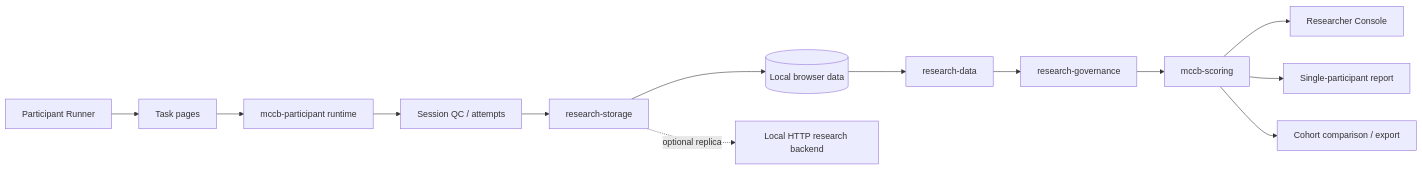
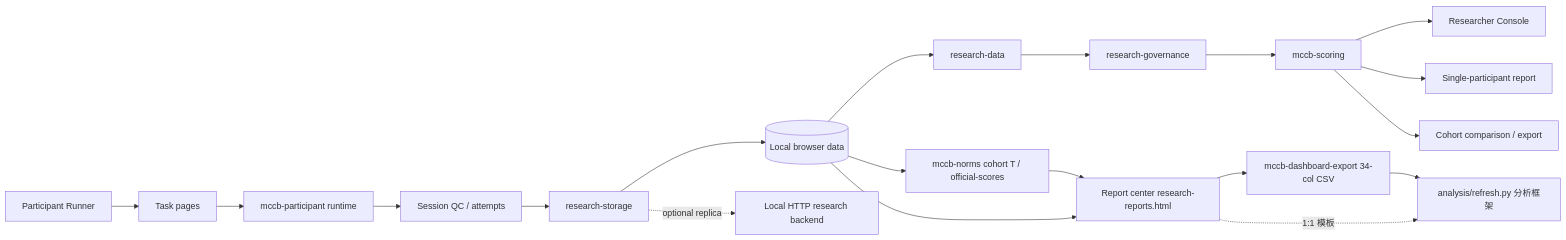
Before and after one commit to CochraneK/psy-exp: the first of 2 diagrams in docs/architecture.md, drawn with Mermaid. The commit also changed other lines of this file and 70 other files, not shown here.

````diff
--- a/docs/architecture.md
+++ b/docs/architecture.md
@@ -5,16 +5,23 @@
 ```mermaid
 flowchart LR
   A[Participant Runner] --> B[Task pages]
   B --> C[mccb-participant runtime]
   C --> D[Session QC / attempts]
   D --> E[research-storage]
   E --> F[(Local browser data)]
   E -. optional replica .-> G[Local HTTP research backend]
 
   F --> H[research-data]
   H --> I[research-governance]
   I --> J[mccb-scoring]
   J --> K[Researcher Console]
   J --> L[Single-participant report]
   J --> M[Cohort comparison / export]
+
+  F --> N[mccb-norms cohort T / official-scores]
+  N --> O[Report center research-reports.html]
+  F --> O
+  O --> P[mccb-dashboard-export 34-col CSV]
+  P --> Q[analysis/refresh.py 分析框架]
+  O -. 1:1 模板 .-> Q
 ```
````
